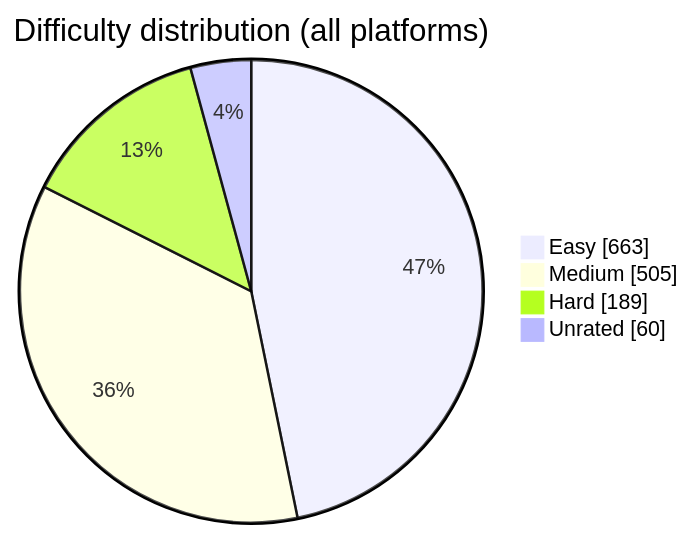
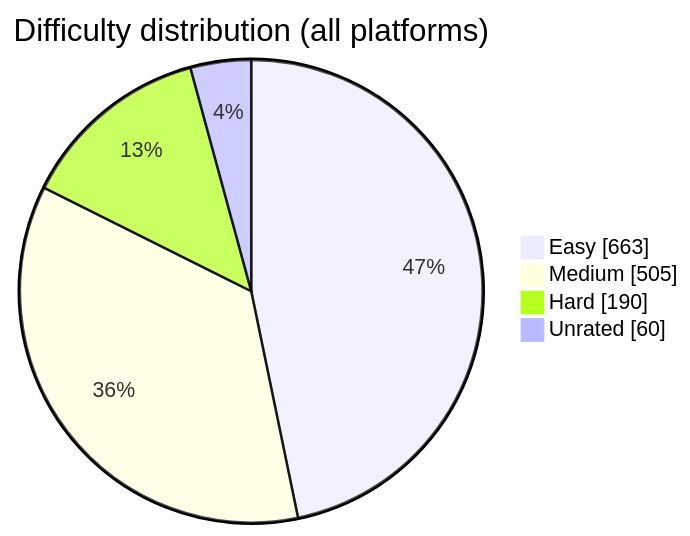
Before and after one commit to BuildbyArindam/Daily-Coding-Log: the diagram in README.md, drawn with Mermaid. The commit also changed other lines of this file, not shown here.

````diff
--- a/README.md
+++ b/README.md
@@ -93,7 +93,7 @@
 ```mermaid
 pie showData title Difficulty distribution (all platforms)
     "Easy" : 663
     "Medium" : 505
-    "Hard" : 189
+    "Hard" : 190
     "Unrated" : 60
 ```
````
